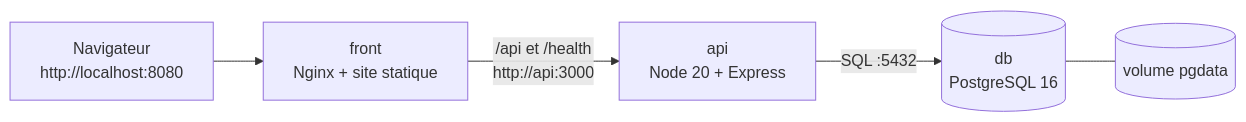
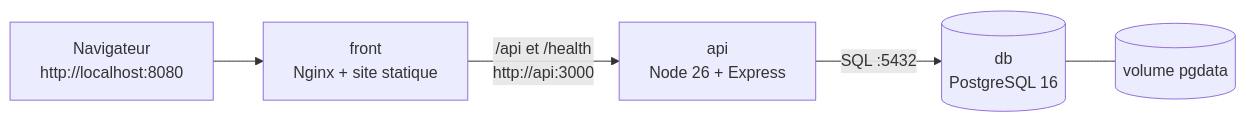
Before and after one commit to Jeeiib/taskflow: the diagram in docs/ARCHITECTURE.md, drawn with Mermaid. The commit also changed other lines of this file and 9 other files, not shown here.

First line of the commit message:
build(deps): Express 5, Vite 8, Vitest 5 et images Node 26 (#28)

````diff
--- a/docs/ARCHITECTURE.md
+++ b/docs/ARCHITECTURE.md
@@ -9,7 +9,7 @@
 ```mermaid
 flowchart LR
     U["Navigateur<br/>http://localhost:8080"] --> F["front<br/>Nginx + site statique"]
-    F -->|"/api et /health<br/>http://api:3000"| A["api<br/>Node 20 + Express"]
+    F -->|"/api et /health<br/>http://api:3000"| A["api<br/>Node 26 + Express"]
     A -->|"SQL :5432"| DB[("db<br/>PostgreSQL 16")]
     DB --- V[("volume pgdata")]
 ```
````
